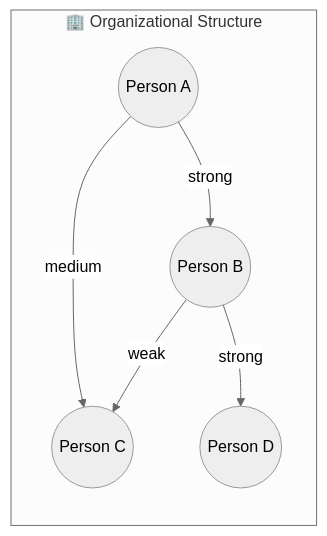
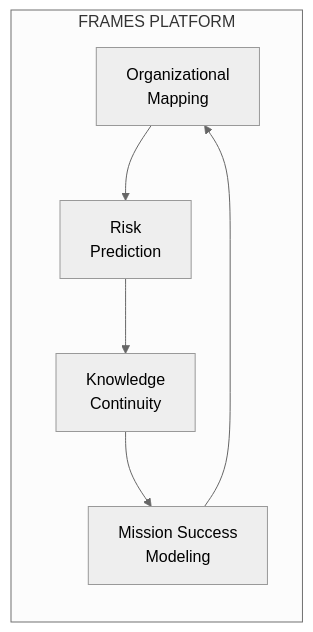
Before and after one commit to Lizo-RoadTown/Portfolio: the first of 2 diagrams in index.md, drawn with Mermaid (neutral theme). The commit also changed other lines of this file and 1 other file, not shown here.

Commit message:
Enhance Key Capabilities with visual diagram, expand Molecular Model

````diff
--- a/index.md
+++ b/index.md
@@ -88,9 +31,14 @@
 ```mermaid
 graph LR
-    subgraph ORG["🏢 Organizational Structure"]
-        A((Person A)) -->|strong| B((Person B))
-        B -->|weak| C((Person C))
-        A -->|medium| C
-        B -->|strong| D((Person D))
+    subgraph FRAMES["FRAMES PLATFORM"]
+        A["Organizational<br/>Mapping"]
+        B["Risk<br/>Prediction"]
+        C["Knowledge<br/>Continuity"]
+        D["Mission Success<br/>Modeling"]
     end
+    
+    A --> B
+    B --> C
+    C --> D
+    D --> A
 ```
````
